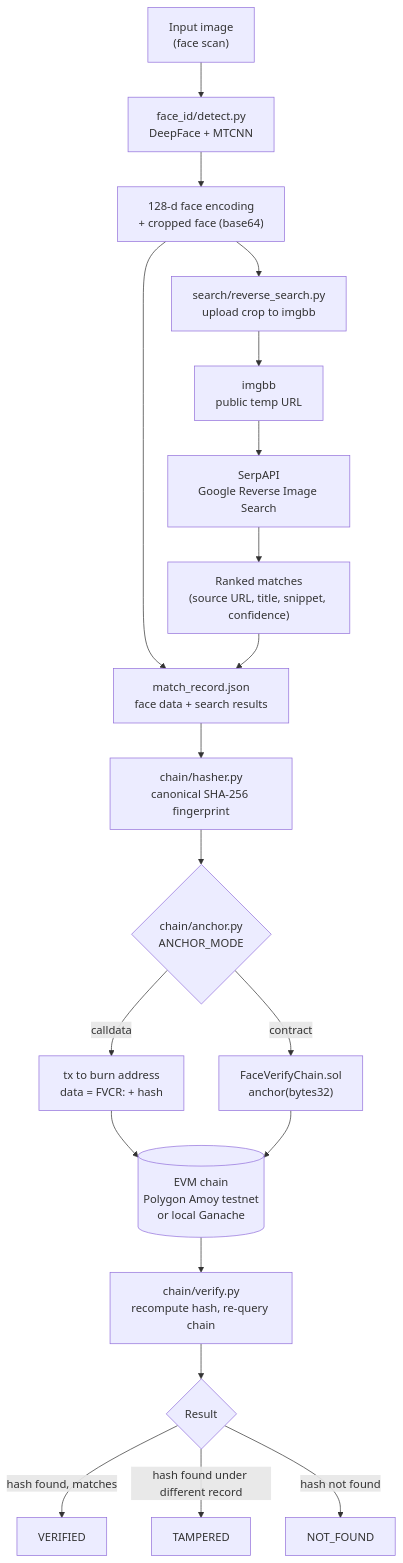
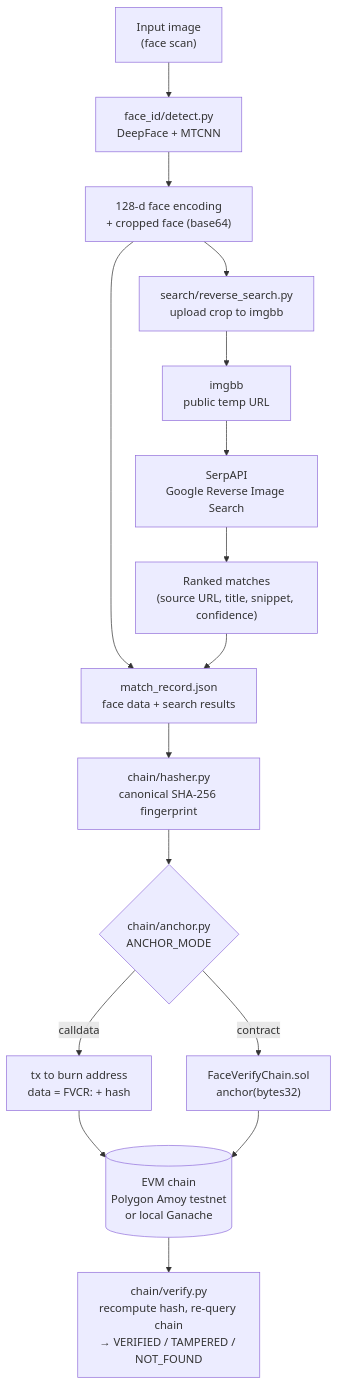
Before and after one commit to piyushgoilkar17/HH-Goa-2026-Task-3-Face-Identification-Blockchain-Verification: the diagram in README.md, drawn with Mermaid.

Commit message:
docs: fold verify result branch into single node in diagram

````diff
--- a/README.md
+++ b/README.md
@@ -205,26 +205,22 @@
 ```mermaid
 flowchart TD
     A["Input image\n(face scan)"] --> B["face_id/detect.py\nDeepFace + MTCNN"]
     B --> C["128-d face encoding\n+ cropped face (base64)"]
 
     C --> D["search/reverse_search.py\nupload crop to imgbb"]
     D --> E["imgbb\npublic temp URL"]
     E --> F["SerpAPI\nGoogle Reverse Image Search"]
     F --> G["Ranked matches\n(source URL, title, snippet, confidence)"]
 
     C --> H
     G --> H["match_record.json\nface data + search results"]
 
     H --> I["chain/hasher.py\ncanonical SHA-256 fingerprint"]
     I --> J{"chain/anchor.py\nANCHOR_MODE"}
     J -->|calldata| K["tx to burn address\ndata = FVCR: + hash"]
     J -->|contract| L["FaceVerifyChain.sol\nanchor(bytes32)"]
     K --> M[("EVM chain\nPolygon Amoy testnet\nor local Ganache")]
     L --> M
 
-    M --> N["chain/verify.py\nrecompute hash, re-query chain"]
-    N --> O{"Result"}
-    O -->|hash found, matches| P["VERIFIED"]
-    O -->|hash found under different record| Q["TAMPERED"]
-    O -->|hash not found| R["NOT_FOUND"]
+    M --> N["chain/verify.py\nrecompute hash, re-query chain\n→ VERIFIED / TAMPERED / NOT_FOUND"]
 ```
````
